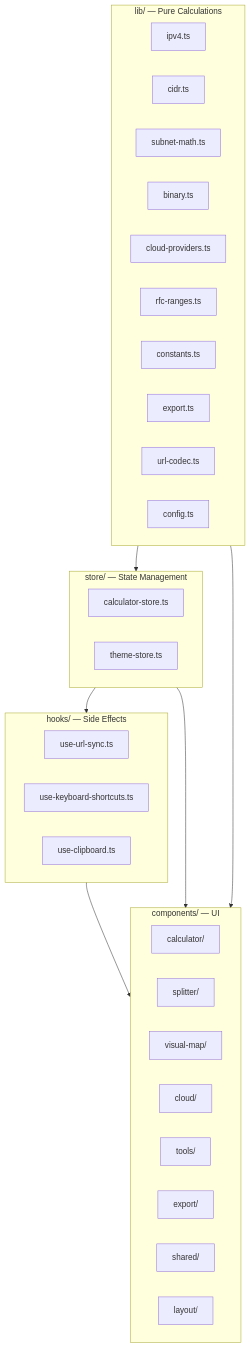
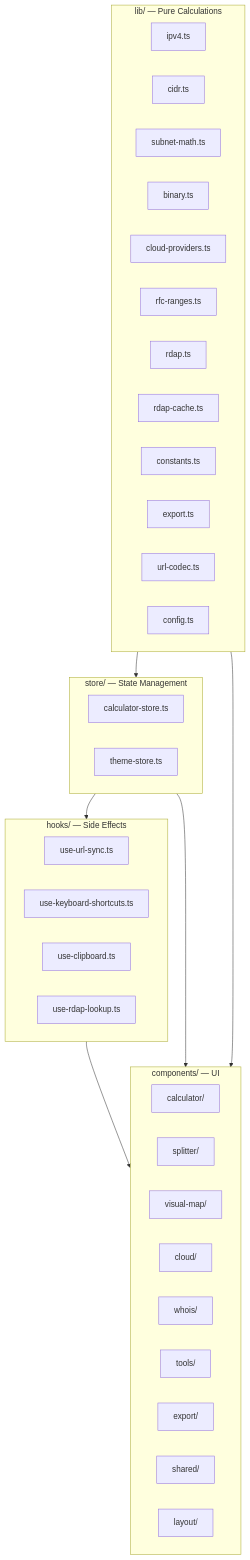
Before and after one commit to russmckendrick/subnet: the first of 4 diagrams in docs/architecture.md, drawn with Mermaid. The commit also changed other lines of this file and 11 other files, not shown here.

Commit message:
✨ (CLAUDE.md, README.md, docs/*, src/*): integrate RDAP/WHOIS lookup feature for public IP registration data, enhancing user experience with real-time data retrieval and caching; update architecture and documentation to reflect new components and functionality.

````diff
--- a/docs/architecture.md
+++ b/docs/architecture.md
@@ -7,43 +7,47 @@
 ```mermaid
 flowchart TD
     subgraph lib["lib/ — Pure Calculations"]
         ipv4["ipv4.ts"]
         cidr["cidr.ts"]
         subnetmath["subnet-math.ts"]
         binary["binary.ts"]
         cloud["cloud-providers.ts"]
         rfc["rfc-ranges.ts"]
+        rdap["rdap.ts"]
+        rdapcache["rdap-cache.ts"]
         constants["constants.ts"]
         exportmod["export.ts"]
         urlcodec["url-codec.ts"]
         configmod["config.ts"]
     end
 
     subgraph store["store/ — State Management"]
         calcstore["calculator-store.ts"]
         themestore["theme-store.ts"]
     end
 
     subgraph hooks["hooks/ — Side Effects"]
         urlsync["use-url-sync.ts"]
         keyboard["use-keyboard-shortcuts.ts"]
         clipboard["use-clipboard.ts"]
+        rdaplookup["use-rdap-lookup.ts"]
     end
 
     subgraph components["components/ — UI"]
         calculator["calculator/"]
         splitter["splitter/"]
         visualmap["visual-map/"]
         cloudcomp["cloud/"]
+        whois["whois/"]
         tools["tools/"]
         exportcomp["export/"]
         shared["shared/"]
         layout["layout/"]
     end
 
     lib --> store
     store --> hooks
     hooks --> components
     lib --> components
     store --> components
 ```
````
